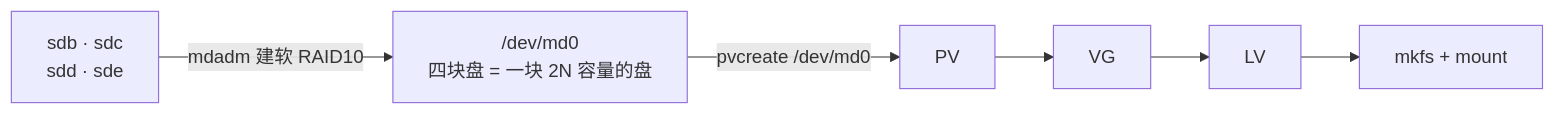
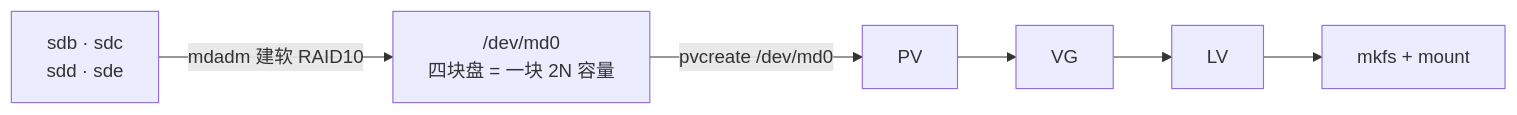
One commit to ml-cuizijun/LearnToLilith changed the second of 7 diagrams in 01-基础底座/29-磁盘管理与LVM/知识点.md. Above: the diagram before and after it, drawn with Mermaid. The commit also changed other lines of this file and 178 other files, not shown here.

````diff
--- a/01-基础底座/29-磁盘管理与LVM/知识点.md
+++ b/01-基础底座/29-磁盘管理与LVM/知识点.md
@@ -157,6 +160,6 @@
 ```mermaid
 flowchart LR
-    A["sdb · sdc<br/>sdd · sde"] -->|"mdadm 建软 RAID10"| MD["/dev/md0<br/>四块盘 = 一块 2N 容量的盘"]
+    A["sdb · sdc<br/>sdd · sde"] -->|"mdadm 建软 RAID10"| MD["/dev/md0<br/>四块盘 = 一块 2N 容量"]
     MD -->|"pvcreate /dev/md0"| PV["PV"]
     PV --> VG["VG"] --> LV["LV"] --> FS["mkfs + mount"]
 ```
````
